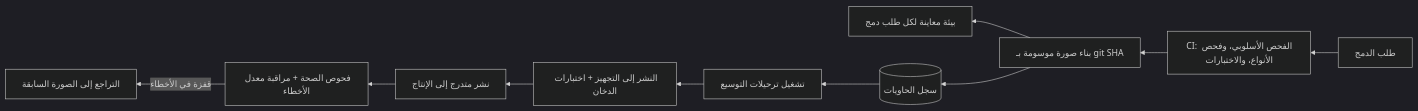
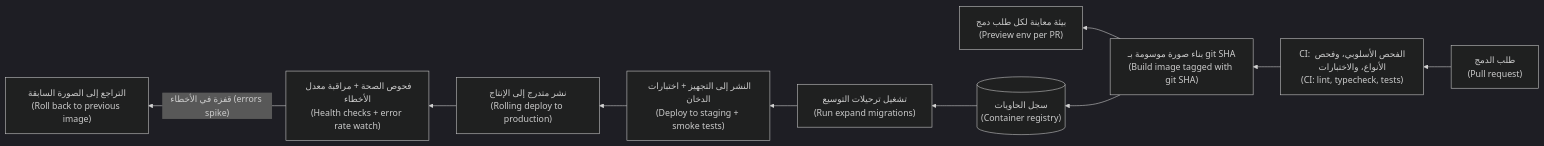
The sixth of 7 diagrams in saas/modules/07-operations.ar.md (Tamoura/system-design-for-vibe-coders), drawn with Mermaid (dark theme) before and after one commit. The commit also changed other lines of this file and 62 other files, not shown here.

First line of the commit message:
Arabic editions: English on every diagram label, RTL fixes, rebuild

````diff
--- a/saas/modules/07-operations.ar.md
+++ b/saas/modules/07-operations.ar.md
@@ -906,12 +906,12 @@
 ```mermaid
 flowchart RL
-  PR["طلب الدمج"] --> CI["CI: الفحص الأسلوبي، وفحص الأنواع، والاختبارات"]
-  CI --> Build["بناء صورة موسومة بـ git SHA"]
-  Build --> Preview["بيئة معاينة لكل طلب دمج"]
-  Build --> Registry[("سجل الحاويات")]
-  Registry --> Migrate["تشغيل ترحيلات التوسيع"]
-  Migrate --> Staging["النشر إلى التجهيز + اختبارات الدخان"]
-  Staging --> Prod["نشر متدرج إلى الإنتاج"]
-  Prod --> Health["فحوص الصحة + مراقبة معدل الأخطاء"]
-  Health -->|"قفزة في الأخطاء"| Rollback["التراجع إلى الصورة السابقة"]
+  PR["طلب الدمج<br/>(Pull request)"] --> CI["CI: الفحص الأسلوبي، وفحص الأنواع، والاختبارات<br/>(CI: lint, typecheck, tests)"]
+  CI --> Build["بناء صورة موسومة بـ git SHA<br/>(Build image tagged with git SHA)"]
+  Build --> Preview["بيئة معاينة لكل طلب دمج<br/>(Preview env per PR)"]
+  Build --> Registry[("سجل الحاويات<br/>(Container registry)")]
+  Registry --> Migrate["تشغيل ترحيلات التوسيع<br/>(Run expand migrations)"]
+  Migrate --> Staging["النشر إلى التجهيز + اختبارات الدخان<br/>(Deploy to staging + smoke tests)"]
+  Staging --> Prod["نشر متدرج إلى الإنتاج<br/>(Rolling deploy to production)"]
+  Prod --> Health["فحوص الصحة + مراقبة معدل الأخطاء<br/>(Health checks + error rate watch)"]
+  Health -->|"قفزة في الأخطاء (errors spike)"| Rollback["التراجع إلى الصورة السابقة<br/>(Roll back to previous image)"]
 ```
````
